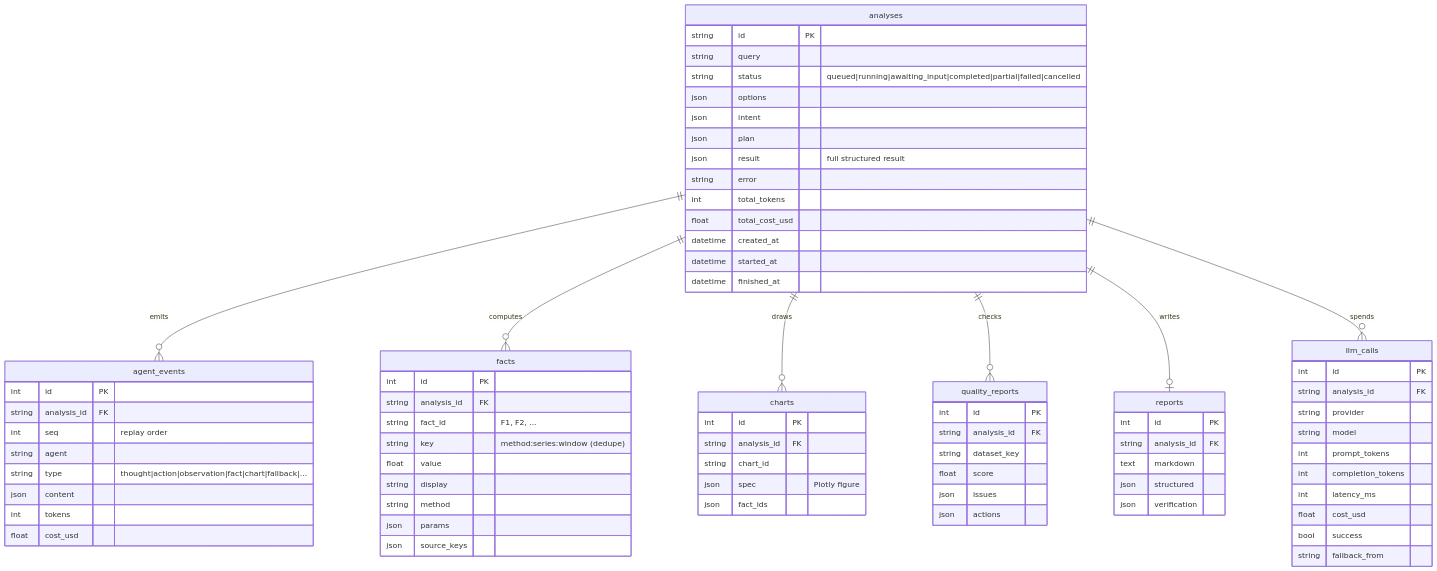
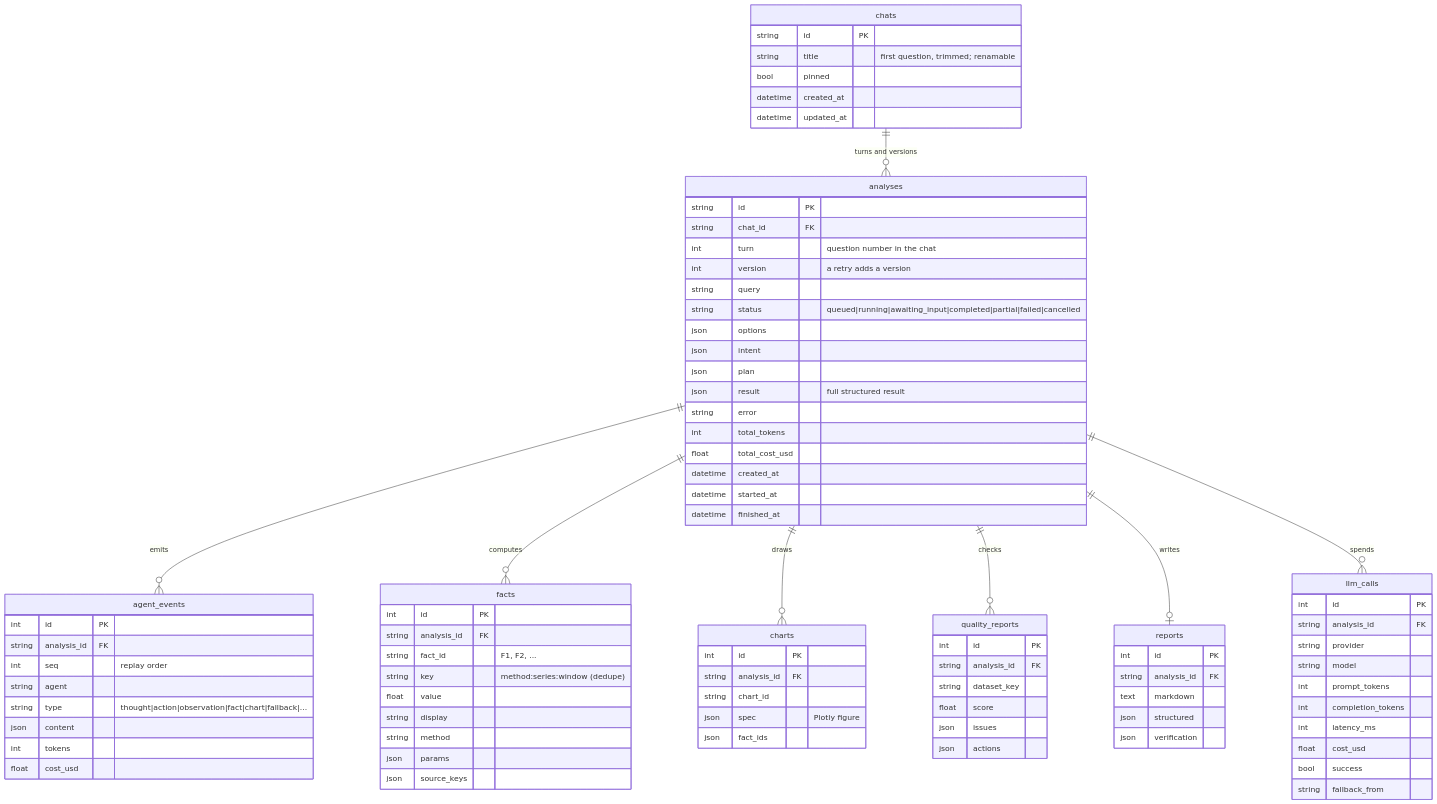
Before and after one commit to weikiat98/tech-assignment: the fourth of 4 diagrams in ARCHITECTURE.md, drawn with Mermaid. The commit also changed other lines of this file and 17 other files, not shown here.

````diff
--- a/ARCHITECTURE.md
+++ b/ARCHITECTURE.md
@@ -176,13 +186,24 @@
 ```mermaid
 erDiagram
+    chats ||--o{ analyses : "turns and versions"
     analyses ||--o{ agent_events : emits
     analyses ||--o{ facts : computes
     analyses ||--o{ charts : draws
     analyses ||--o{ quality_reports : checks
     analyses ||--o| reports : writes
     analyses ||--o{ llm_calls : spends
+    chats {
+        string id PK
+        string title "first question, trimmed; renamable"
+        bool pinned
+        datetime created_at
+        datetime updated_at
+    }
     analyses {
         string id PK
+        string chat_id FK
+        int turn "question number in the chat"
+        int version "a retry adds a version"
         string query
         string status "queued|running|awaiting_input|completed|partial|failed|cancelled"
         json options
````
